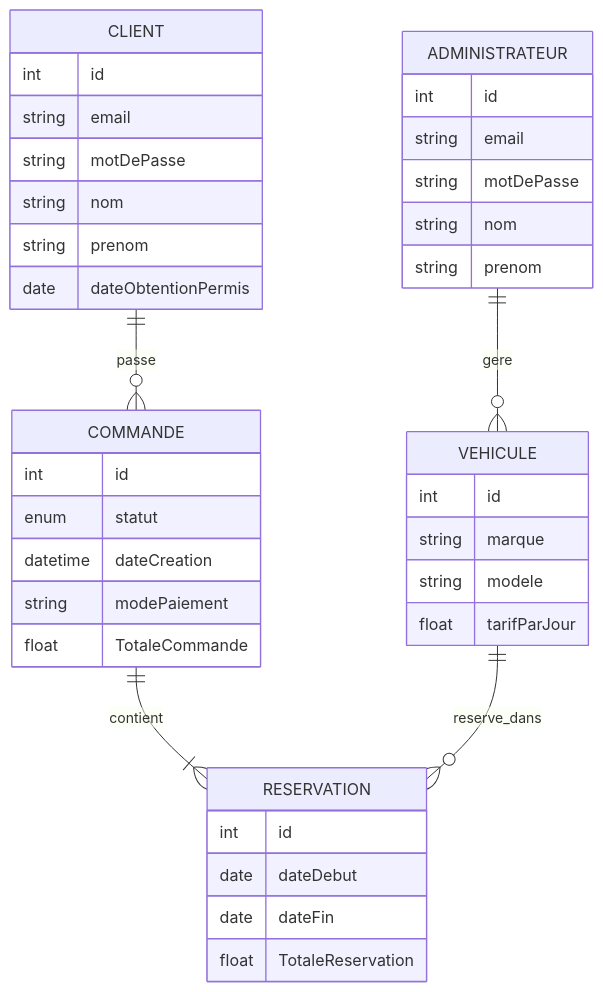
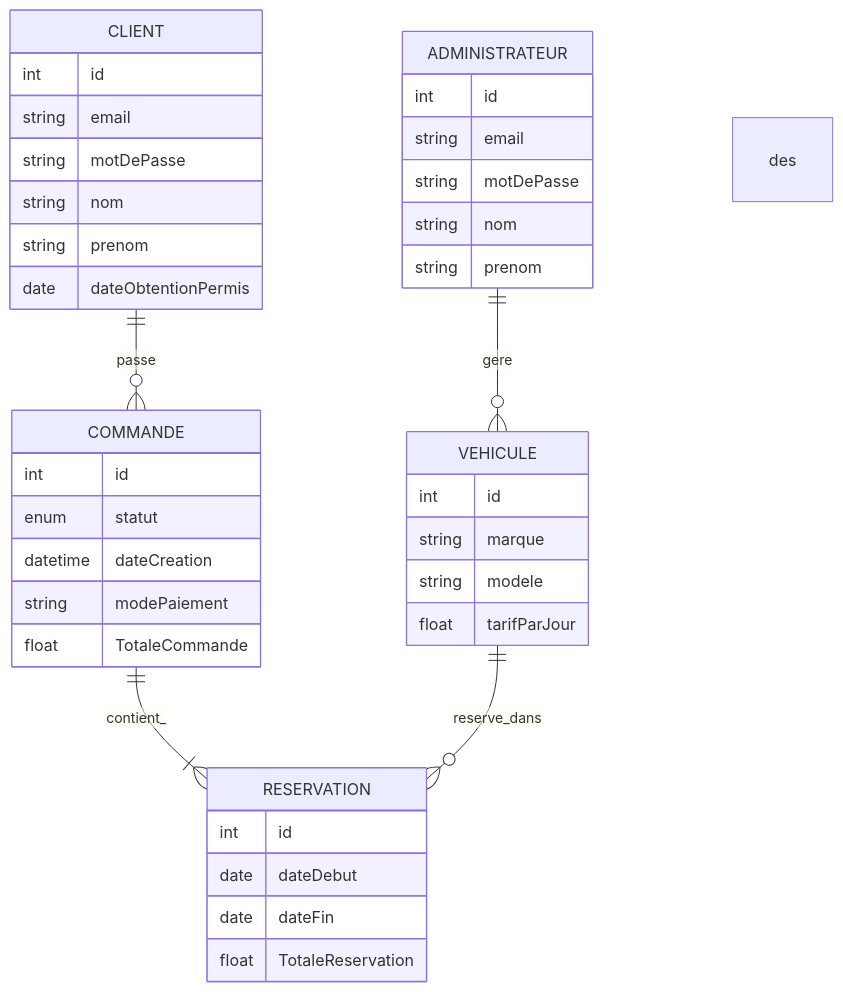
The diagram in test.mmd (MahaSegni/Projet_LocaDrive), drawn with Mermaid before and after one commit. The commit also changed 25 other files, not shown here.

```diff
--- a/test.mmd
+++ b/test.mmd
@@ -1,44 +1,44 @@
 erDiagram
     CLIENT ||--o{ COMMANDE : passe
     ADMINISTRATEUR ||--o{ VEHICULE : gere
-    COMMANDE ||--|{ RESERVATION : contient
+    COMMANDE ||--|{ RESERVATION : contient_ des
     VEHICULE ||--o{ RESERVATION : reserve_dans
 
     CLIENT {
         int id
         string email
         string motDePasse
         string nom
         string prenom
         date dateObtentionPermis
     }
 
     ADMINISTRATEUR {
         int id
         string email
         string motDePasse
         string nom
         string prenom
     }
 
     VEHICULE {
         int id
         string marque
         string modele
         float tarifParJour
     }
 
     COMMANDE {
         int id
         enum statut
         datetime dateCreation
         string modePaiement
         float TotaleCommande
     }
 
     RESERVATION {
         int id
         date dateDebut
         date dateFin
         float TotaleReservation
     }
```
